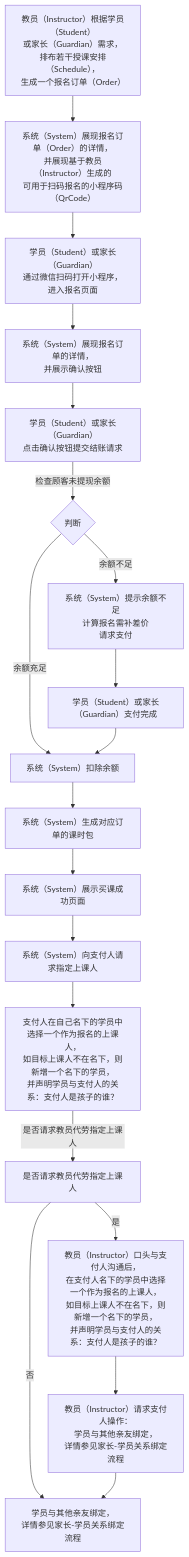
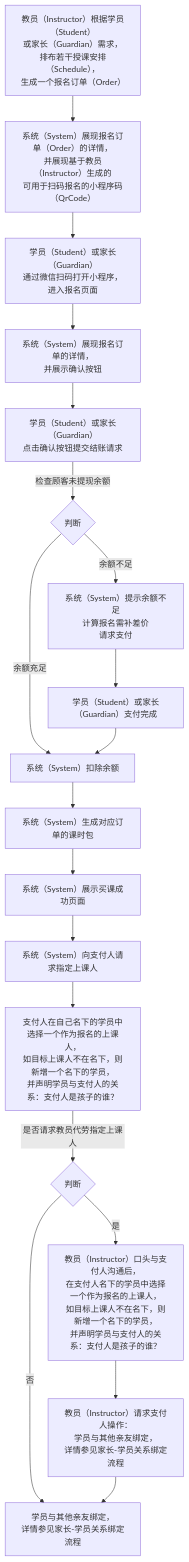
The diagram in 用例/报名.md (world-wide-web/sign), drawn with Mermaid before and after one commit. The commit also changed other lines of this file, not shown here.

````diff
--- a/用例/报名.md
+++ b/用例/报名.md
@@ -7,54 +7,56 @@
 ```mermaid
 graph TD
 
 生成报名订单-->生成报名码
 生成报名码-->扫码报名
 扫码报名-->展现报名订单
 展现报名订单-->确认并提交结账请求
 确认并提交结账请求--检查顾客未提现余额-->检查顾客未提现余额
 检查顾客未提现余额--余额充足-->扣除余额
 检查顾客未提现余额--余额不足-->请求支付
 请求支付-->支付完成
 支付完成-->扣除余额
 扣除余额-->生成课时包
 生成课时包-->提示买课成功
 提示买课成功-->请求身份声明
 请求身份声明-->指定上课人
 指定上课人--是否请求教员代劳指定上课人-->是否请求教员代劳指定上课人
 是否请求教员代劳指定上课人--是-->教员代理身份声明
 是否请求教员代劳指定上课人--否-->学员与其他家长绑定
 教员代理身份声明-->请求绑定学员与其他家长
 请求绑定学员与其他家长-->学员与其他家长绑定
 
 生成报名订单["<center>教员（Instructor）根据学员（Student）<br>或家长（Guardian）需求，<br>排布若干授课安排（Schedule），<br>生成一个报名订单（Order）</center>"]
 
 生成报名码["<center>系统（System）展现报名订单（Order）的详情，<br>并展现基于教员（Instructor）生成的<br>可用于扫码报名的小程序码（QrCode）</center>"]
 
 扫码报名["<center>学员（Student）或家长（Guardian）<br>通过微信扫码打开小程序，进入报名页面</center>"]
 
 展现报名订单["<center>系统（System）展现报名订单的详情，<br>并展示确认按钮</center>"]
 
 确认并提交结账请求["<center>学员（Student）或家长（Guardian）<br>点击确认按钮提交结账请求</center>"]
 
 检查顾客未提现余额{判断}
 
 请求支付["<center>系统（System）提示余额不足<br>计算报名需补差价<br>请求支付</center>"]
 
 支付完成["<center>学员（Student）或家长（Guardian）支付完成</center>"]
 
 扣除余额["<center>系统（System）扣除余额</center>"]
 
 生成课时包["<center>系统（System）生成对应订单的课时包</center>"]
 
 提示买课成功["<center>系统（System）展示买课成功页面</center>"]
 
 请求身份声明["<center>系统（System）向支付人请求指定上课人</center>"]
 
 指定上课人["<center>支付人在自己名下的学员中选择一个作为报名的上课人，<br>如目标上课人不在名下，则新增一个名下的学员，<br>并声明学员与支付人的关系：支付人是孩子的谁？</center>"]
 
+是否请求教员代劳指定上课人{判断}
+
 教员代理身份声明["<center>教员（Instructor）口头与支付人沟通后，<br>在支付人名下的学员中选择一个作为报名的上课人，<br>如目标上课人不在名下，则新增一个名下的学员，<br>并声明学员与支付人的关系：支付人是孩子的谁？</center>"]
 
 请求绑定学员与其他家长["<center>教员（Instructor）请求支付人操作：<br>学员与其他亲友绑定，<br>详情参见家长-学员关系绑定流程</center>"]
 
 学员与其他家长绑定["<center>学员与其他亲友绑定，<br>详情参见家长-学员关系绑定流程</center>"]
 ```
````
